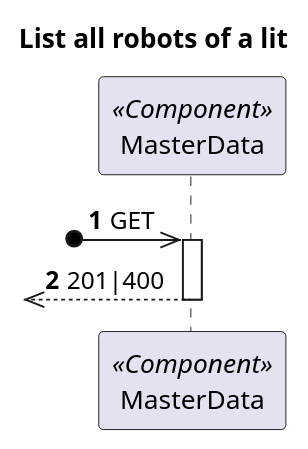
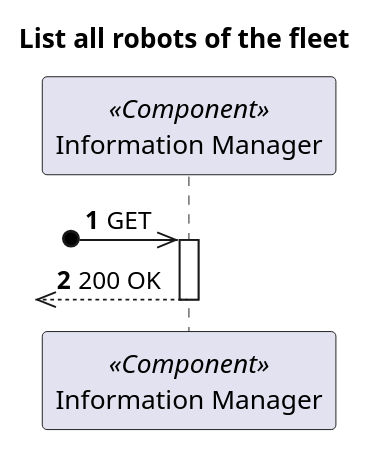
Before and after one commit to 1210910/lapr5: the diagram in docs/Vista Processo/US380/ProcessView_Level2_US380.puml, drawn with PlantUML. The commit also changed 3 other files, not shown here.

```diff
--- a/docs/Vista Processo/US380/ProcessView_Level2_US380.puml
+++ b/docs/Vista Processo/US380/ProcessView_Level2_US380.puml
@@ -1,16 +1,16 @@
 @startuml
 'https://plantuml.com/sequence-diagram
 
 autonumber
 skinparam packageStyle rect
 
-title List all robots of a lit
+title List all robots of the fleet
 
-participant "MasterData" as MD <<Component>>
+participant "Information Manager" as MD <<Component>>
 
 ?o->> MD : GET
 
 activate MD
-?o<<--- MD : 201|400
+?o<<--- MD : 200 OK
 deactivate MD
 @enduml
```
